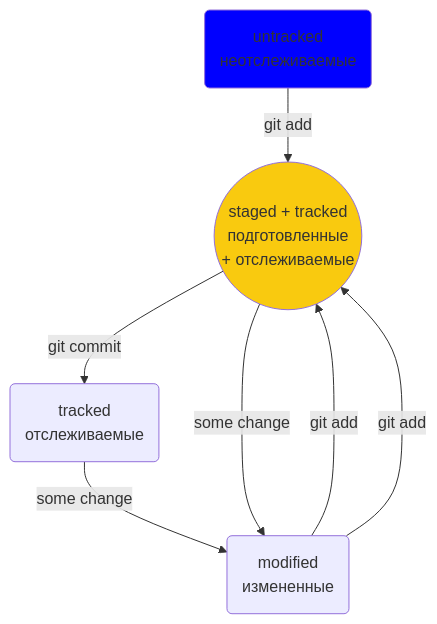
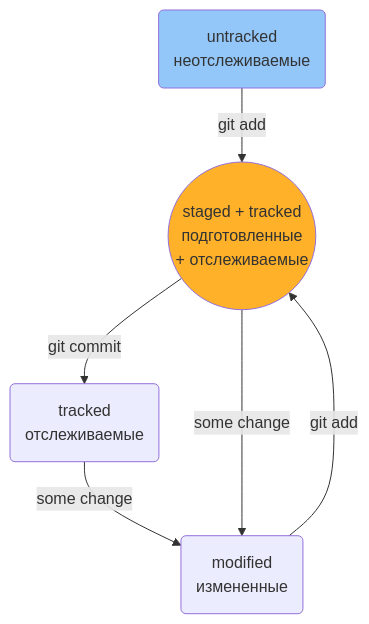
One commit to AleksandrVakarin/GitInstructionMermaid changed the diagram in README.md. Above: the diagram before and after it, drawn with Mermaid.

````diff
--- a/README.md
+++ b/README.md
@@ -93,18 +93,18 @@
 ```mermaid
 flowchart TD;
 	
 	stgd((staged + tracked<br>подготовленные<br> + отслеживаемые))
 	mdf(modified<br>измененные)
 	untr(untracked<br>неотслеживаемые)
 	trcd(tracked<br>отслеживаемые)
 
 
 	untr-- git add -->stgd
-	mdf-- git add -->stgd -- git commit -->trcd
+	stgd -- git commit -->trcd
 	trcd-- some change -->mdf
 	mdf-- git add --> stgd
 	stgd-- some change -->mdf
 
-	style stgd fill: #F9CA0F
-	style untr fill: blue
+	style stgd fill: #FFB129
+	style untr fill: #93C7FA
 ```
````
